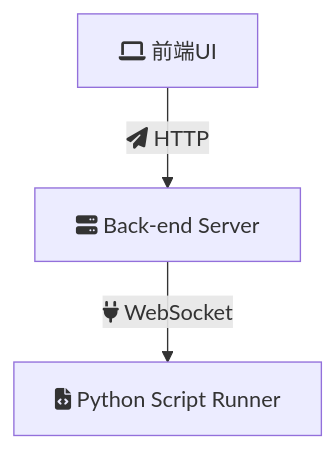
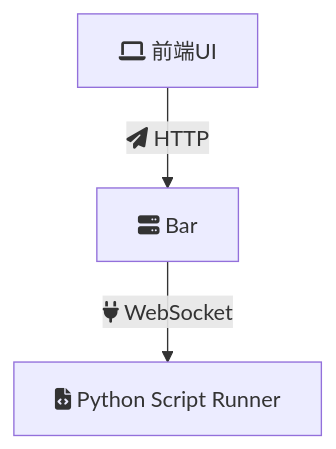
One commit to AlkeySheng/iodraw-files changed the diagram in all/未命名.md. Above: the diagram before and after it, drawn with Mermaid.

Commit message:
2024-05-20 15:01:14 update

````diff
--- a/all/未命名.md
+++ b/all/未命名.md
@@ -1,6 +1,6 @@
 ```mermaid
 graph TD
-    A[fa:fa-laptop 前端UI] -->|fa:fa-paper-plane HTTP| B[fa:fa-server Back-end Server]
+    A[fa:fa-laptop 前端UI] -->|fa:fa-paper-plane HTTP| B[fa:fa-server Bar]
     B -->|fa:fa-plug WebSocket| C[fa:fa-file-code Python Script Runner]
 
 ```
````
